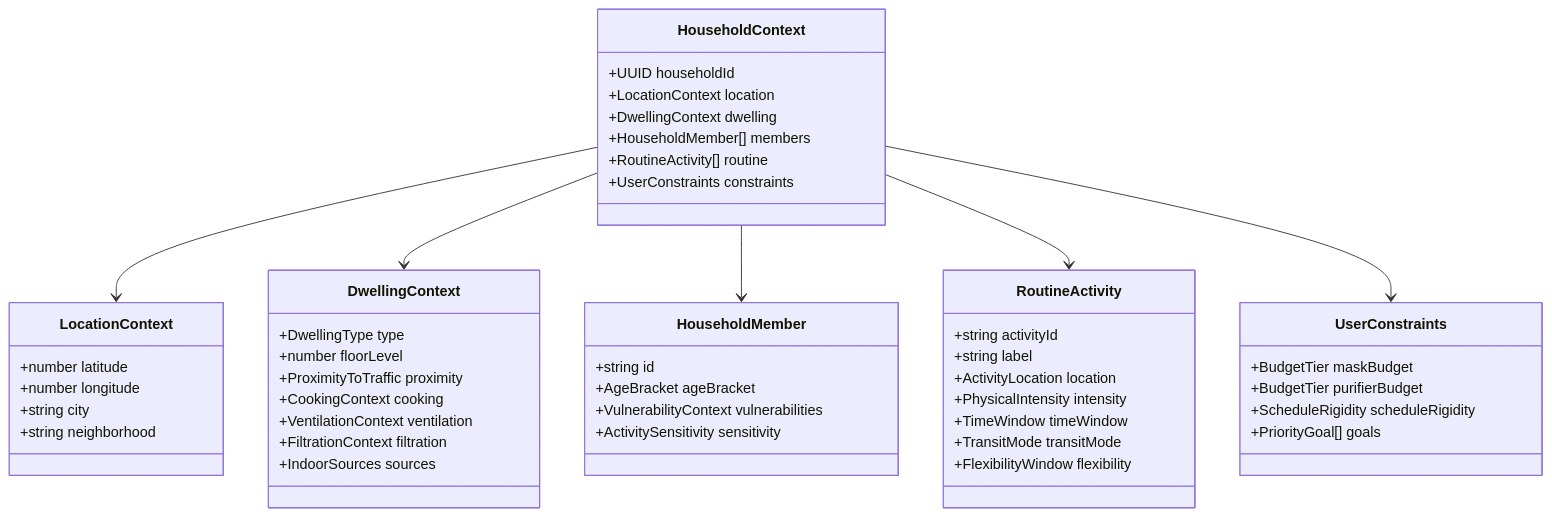
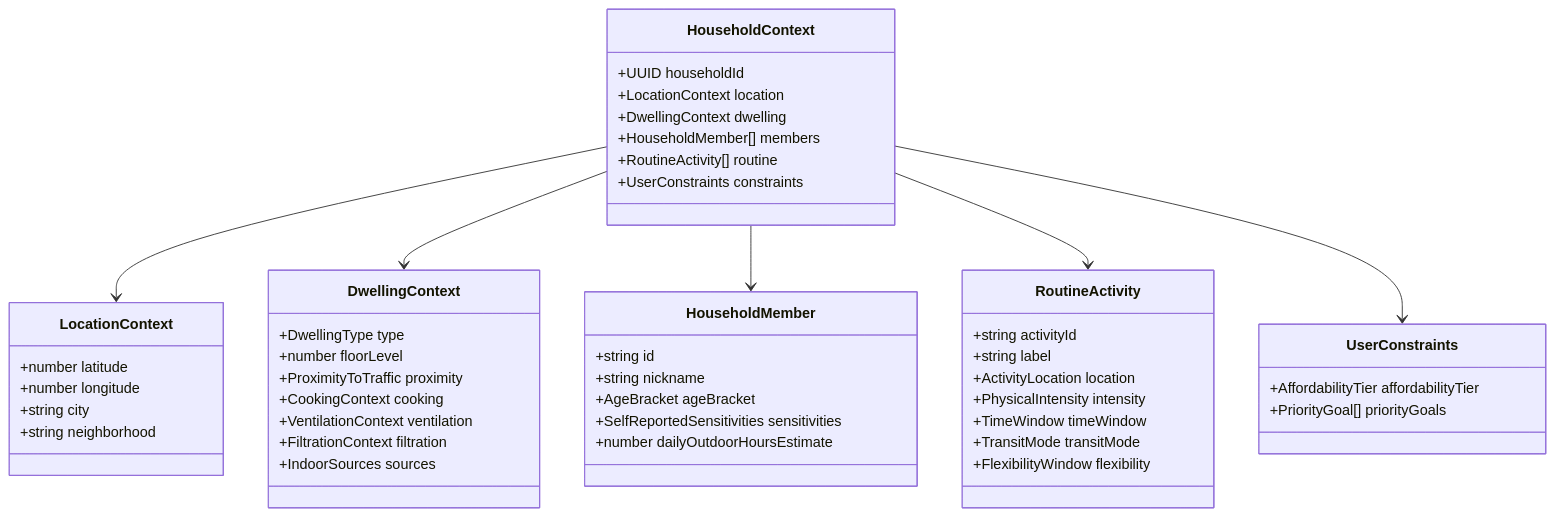
Before and after one commit to agnidiptasarkar123-dev/prompt_6: the diagram in docs/user-context-model.md, drawn with Mermaid. The commit also changed other lines of this file and 13 other files, not shown here.

Commit message:
docs: complete Phase 0 architecture audit revisions, decision log, and provenance specifications

````diff
--- a/docs/user-context-model.md
+++ b/docs/user-context-model.md
@@ -19,58 +20,57 @@
 ```mermaid
 classDiagram
     class HouseholdContext {
         +UUID householdId
         +LocationContext location
         +DwellingContext dwelling
         +HouseholdMember[] members
         +RoutineActivity[] routine
         +UserConstraints constraints
     }
 
     class LocationContext {
         +number latitude
         +number longitude
         +string city
         +string neighborhood
     }
 
     class DwellingContext {
         +DwellingType type
         +number floorLevel
         +ProximityToTraffic proximity
         +CookingContext cooking
         +VentilationContext ventilation
         +FiltrationContext filtration
         +IndoorSources sources
     }
 
     class HouseholdMember {
         +string id
+        +string nickname
         +AgeBracket ageBracket
-        +VulnerabilityContext vulnerabilities
-        +ActivitySensitivity sensitivity
+        +SelfReportedSensitivities sensitivities
+        +number dailyOutdoorHoursEstimate
     }
 
     class RoutineActivity {
         +string activityId
         +string label
         +ActivityLocation location
         +PhysicalIntensity intensity
         +TimeWindow timeWindow
         +TransitMode transitMode
         +FlexibilityWindow flexibility
     }
 
     class UserConstraints {
-        +BudgetTier maskBudget
-        +BudgetTier purifierBudget
-        +ScheduleRigidity scheduleRigidity
-        +PriorityGoal[] goals
+        +AffordabilityTier affordabilityTier
+        +PriorityGoal[] priorityGoals
     }
 
     HouseholdContext --> LocationContext
     HouseholdContext --> DwellingContext
     HouseholdContext --> HouseholdMember
     HouseholdContext --> RoutineActivity
     HouseholdContext --> UserConstraints
 ```
````
